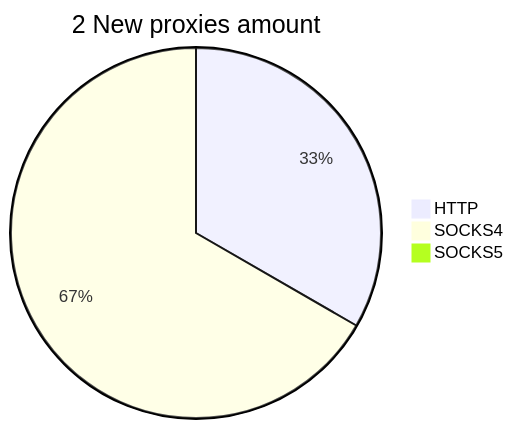
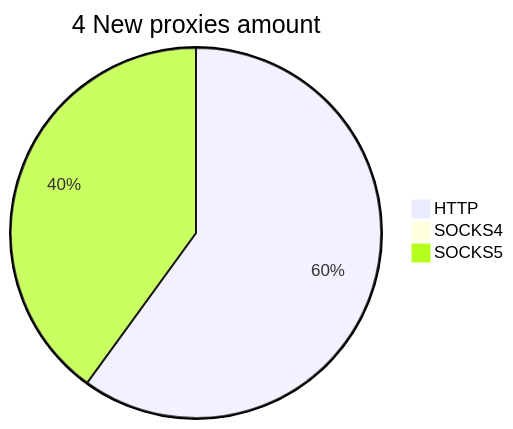
One commit to cutipu/proxylist changed the second of 2 diagrams in README.md. Above: the diagram before and after it, drawn with Mermaid. The commit also changed other lines of this file, not shown here.

````diff
--- a/README.md
+++ b/README.md
@@ -10,6 +10,6 @@
 ```mermaid
-pie title 2 New proxies amount
-    "HTTP" : 1
-    "SOCKS4" : 2
-    "SOCKS5" : 0
+pie title 4 New proxies amount
+    "HTTP" : 3
+    "SOCKS4" : 0
+    "SOCKS5" : 2
 ```
````
